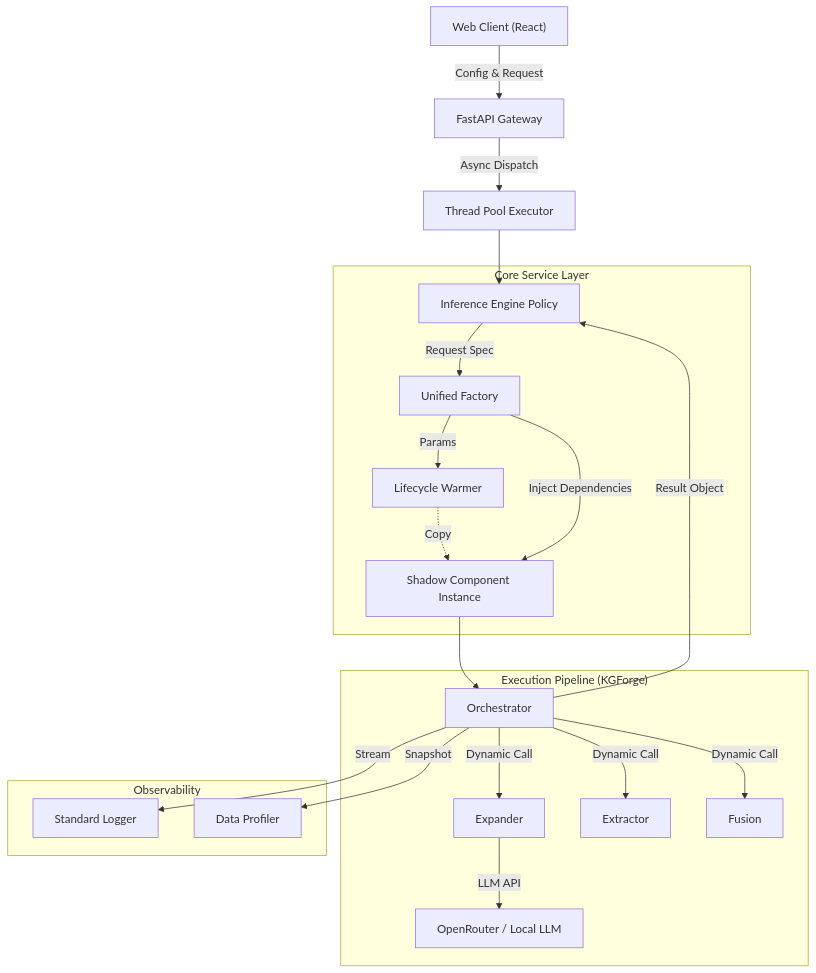
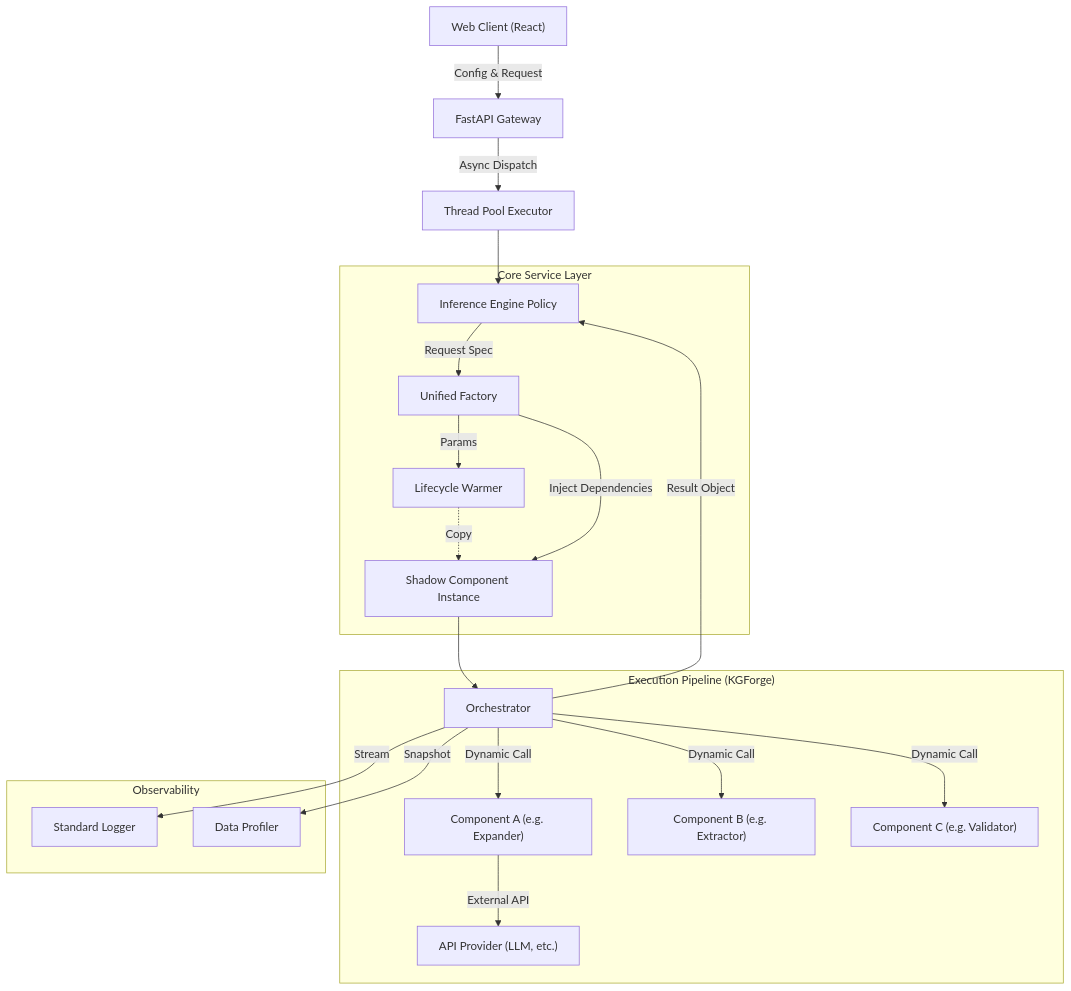
Before and after one commit to Lands54/KONG: the diagram in doc/architecture/CORE.md, drawn with Mermaid. The commit also changed 6 other files, not shown here.

````diff
--- a/doc/architecture/CORE.md
+++ b/doc/architecture/CORE.md
@@ -7,27 +7,27 @@
 ```mermaid
 graph TD
     Client["Web Client (React)"] -->|Config & Request| API["FastAPI Gateway"]
     API -->|Async Dispatch| ThreadPool["Thread Pool Executor"]
     ThreadPool --> Engine["Inference Engine Policy"]
     
     subgraph "Core Service Layer"
         Engine -->|Request Spec| Factory["Unified Factory"]
         Factory -->|Params| Warmer["Lifecycle Warmer"]
         Warmer -.->|Copy| ShadowInstance["Shadow Component Instance"]
         Factory -- Inject Dependencies --> ShadowInstance
     end
 
     subgraph "Execution Pipeline (KGForge)"
         ShadowInstance --> Orchestrator
-        Orchestrator -->|Dynamic Call| Expander
-        Orchestrator -->|Dynamic Call| Extractor
-        Orchestrator -->|Dynamic Call| Fusion
-        Expander -->|LLM API| ModelProvider["OpenRouter / Local LLM"]
+        Orchestrator -->|Dynamic Call| ComponentA["Component A (e.g. Expander)"]
+        Orchestrator -->|Dynamic Call| ComponentB["Component B (e.g. Extractor)"]
+        Orchestrator -->|Dynamic Call| ComponentC["Component C (e.g. Validator)"]
+        ComponentA -->|External API| Provider["API Provider (LLM, etc.)"]
     end
 
     subgraph "Observability"
         Orchestrator -->|Stream| Logger["Standard Logger"]
         Orchestrator -->|Snapshot| Profiler["Data Profiler"]
         Orchestrator -->|Result Object| Engine
     end
 ```
````
